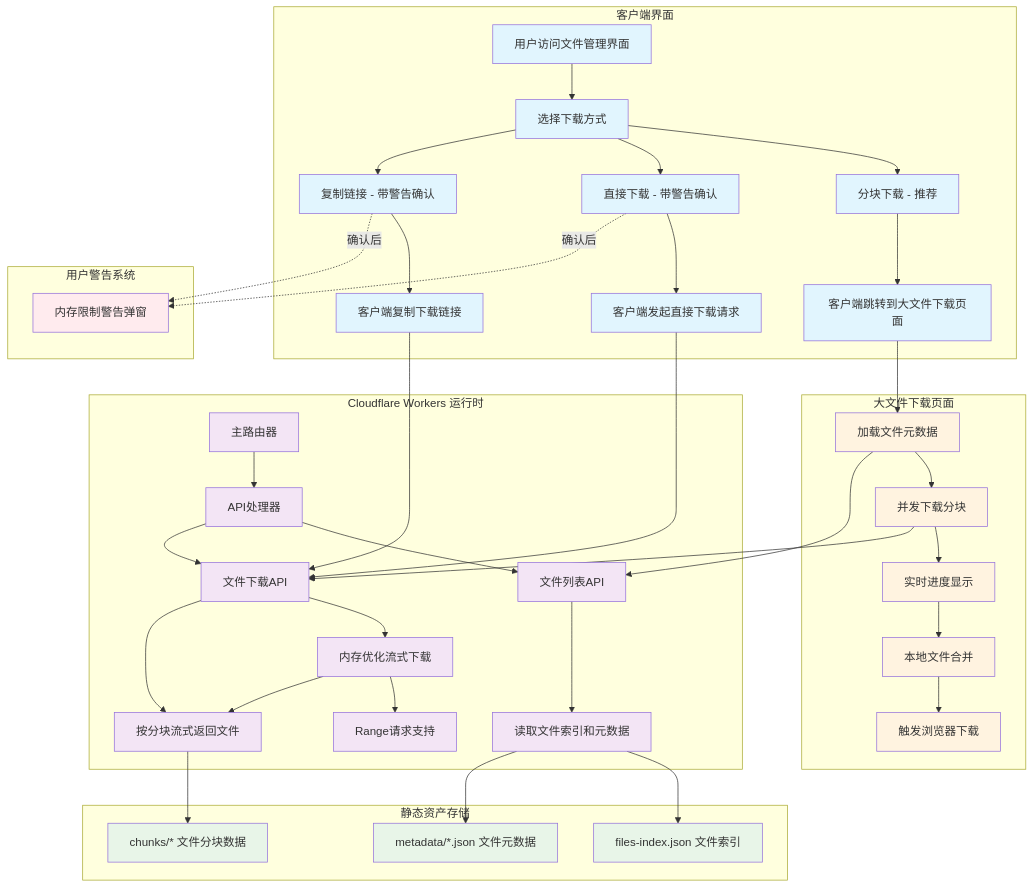
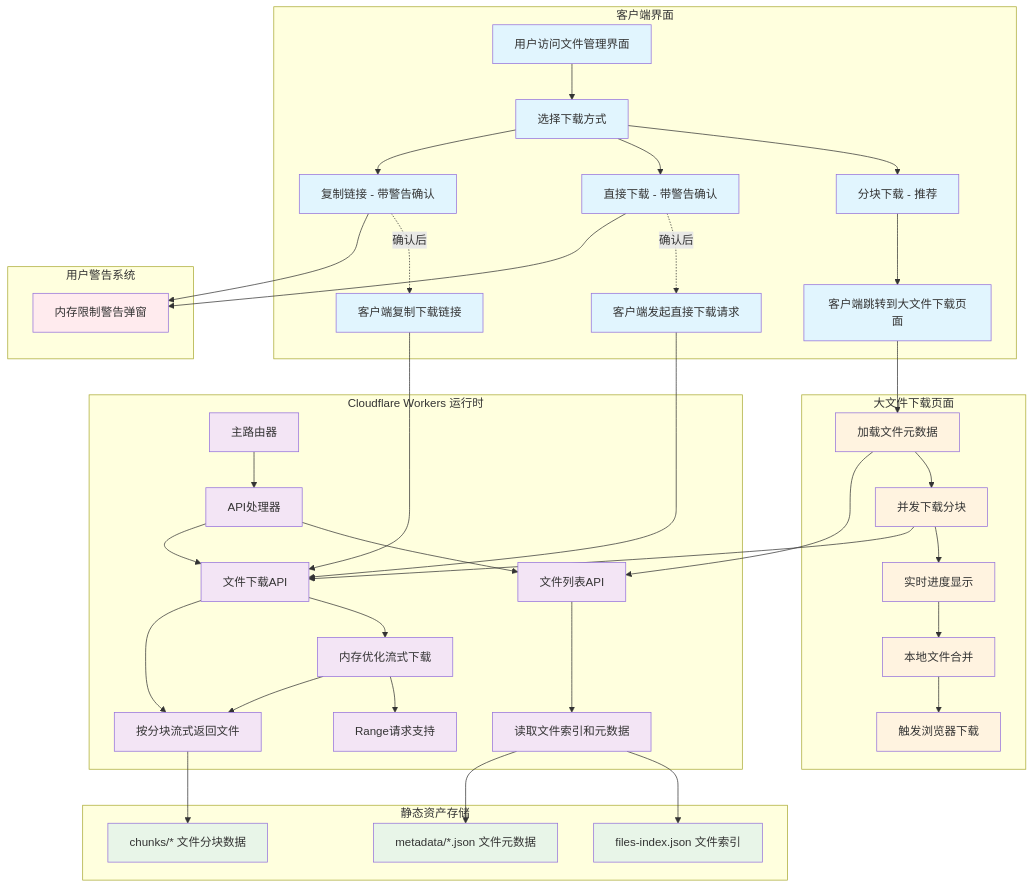
One commit to simsan12/CloudflareWorkerStorage changed the diagram in README.md. Above: the diagram before and after it, drawn with Mermaid. The commit also changed other lines of this file, not shown here.

Commit message:
更新README

````diff
--- a/README.md
+++ b/README.md
@@ -9,70 +9,70 @@
 ```mermaid
 graph TB
     subgraph "客户端界面"
         A[用户访问文件管理界面] --> B[选择下载方式]
         B --> C[分块下载 - 推荐]
         B --> D[直接下载 - 带警告确认]
         B --> E[复制链接 - 带警告确认]
         
         C --> F[客户端跳转到大文件下载页面]
-        D --> G[客户端发起直接下载请求]
-        E --> H[客户端复制下载链接]
+        D -.确认后.-> G[客户端发起直接下载请求]
+        E -.确认后.-> H[客户端复制下载链接]
     end
     
     subgraph "Cloudflare Workers 运行时"
         I[主路由器] --> J[API处理器]
         J --> K[文件列表API]
         J --> L[文件下载API]
         
         L --> M[内存优化流式下载]
         M --> N[Range请求支持]
         
         K --> O[读取文件索引和元数据]
         M --> P[按分块流式返回文件]
     end
     
     subgraph "静态资产存储"
         Q[files-index.json 文件索引]
         R[metadata/*.json 文件元数据] 
         S[chunks/* 文件分块数据]
     end
     
     subgraph "大文件下载页面"
         T[加载文件元数据] --> U[并发下载分块]
         U --> V[实时进度显示]
         V --> W[本地文件合并]
         W --> X[触发浏览器下载]
     end
     
     subgraph "用户警告系统"
         Y[内存限制警告弹窗]
-        D -.确认后.-> Y
-        E -.确认后.-> Y
+        D --> Y
+        E --> Y
     end
     
     %% 连接线
     F --> T
     G --> L
     H --> L
     
     L --> P
     T --> K
     U --> L
     
     O --> Q
     O --> R
     P --> S
     
     %% 样式
     classDef clientSide fill:#e1f5fe
     classDef workerSide fill:#f3e5f5
     classDef storageSide fill:#e8f5e8
     classDef downloadPage fill:#fff3e0
     classDef warningSide fill:#ffebee
     
     class A,B,C,D,E,F,G,H clientSide
     class I,J,K,L,M,N,O,P workerSide
     class Q,R,S storageSide
     class T,U,V,W,X downloadPage
     class Y warningSide
 ```
````
